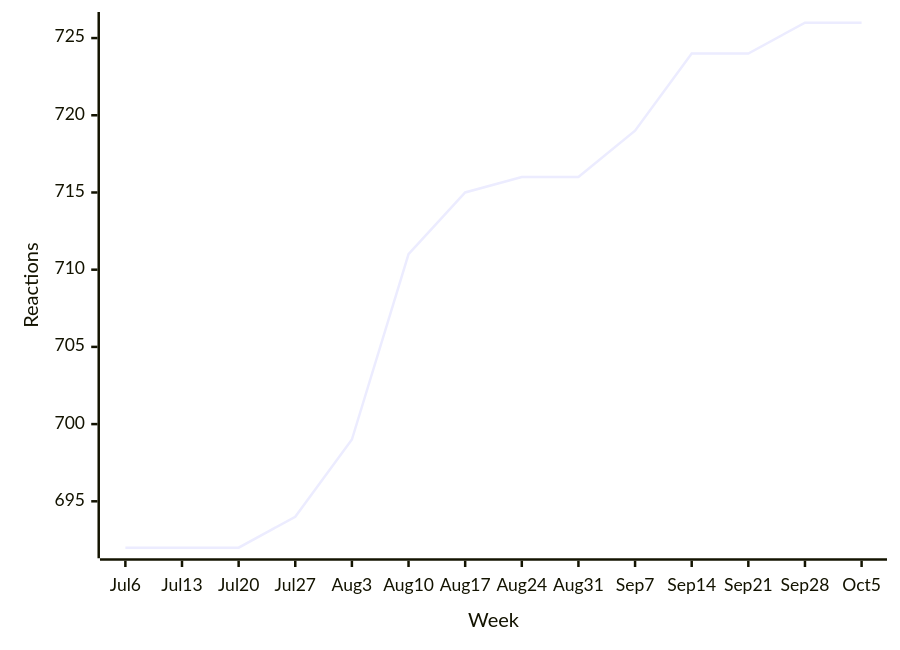
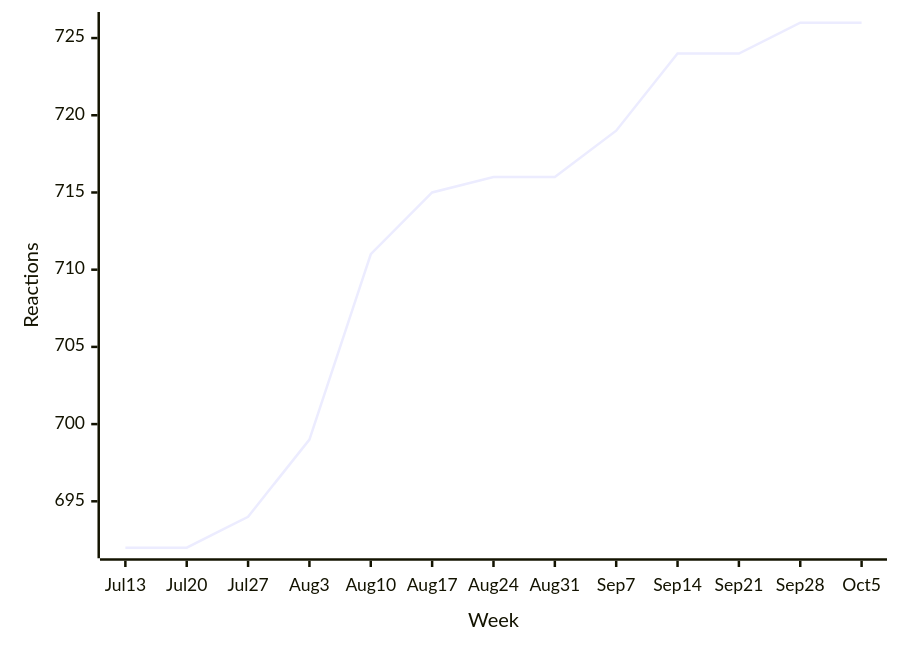
Before and after one commit to loic-sharma/github-insights: the first of 34 diagrams in README.md, drawn with Mermaid. The commit also changed other lines of this file and 3 other files, not shown here.

````diff
--- a/README.md
+++ b/README.md
@@ -324,6 +324,6 @@
   ```mermaid
   xychart-beta
-    x-axis "Week" [Jul 6, Jul 13, Jul 20, Jul 27, Aug 3, Aug 10, Aug 17, Aug 24, Aug 31, Sep 7, Sep 14, Sep 21, Sep 28, Oct 5]
+    x-axis "Week" [Jul 13, Jul 20, Jul 27, Aug 3, Aug 10, Aug 17, Aug 24, Aug 31, Sep 7, Sep 14, Sep 21, Sep 28, Oct 5]
     y-axis "Reactions"
-    line [692, 692, 692, 694, 699, 711, 715, 716, 716, 719, 724, 724, 726, 726]
+    line [692, 692, 694, 699, 711, 715, 716, 716, 719, 724, 724, 726, 726]
   ```
````
